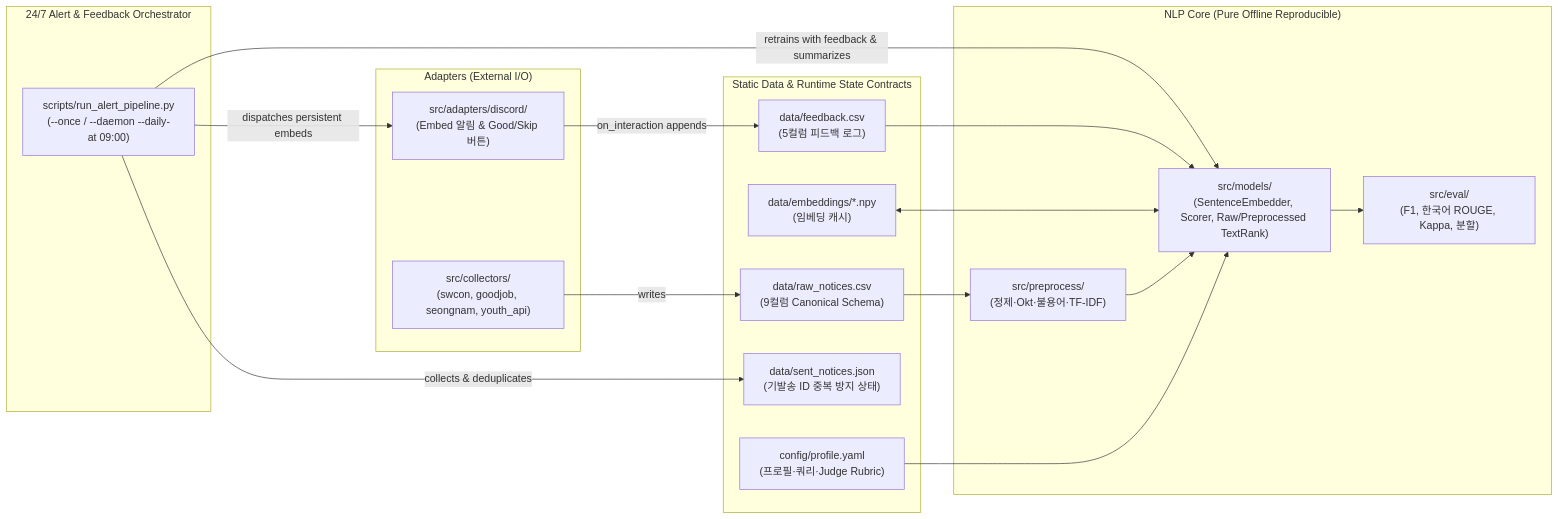
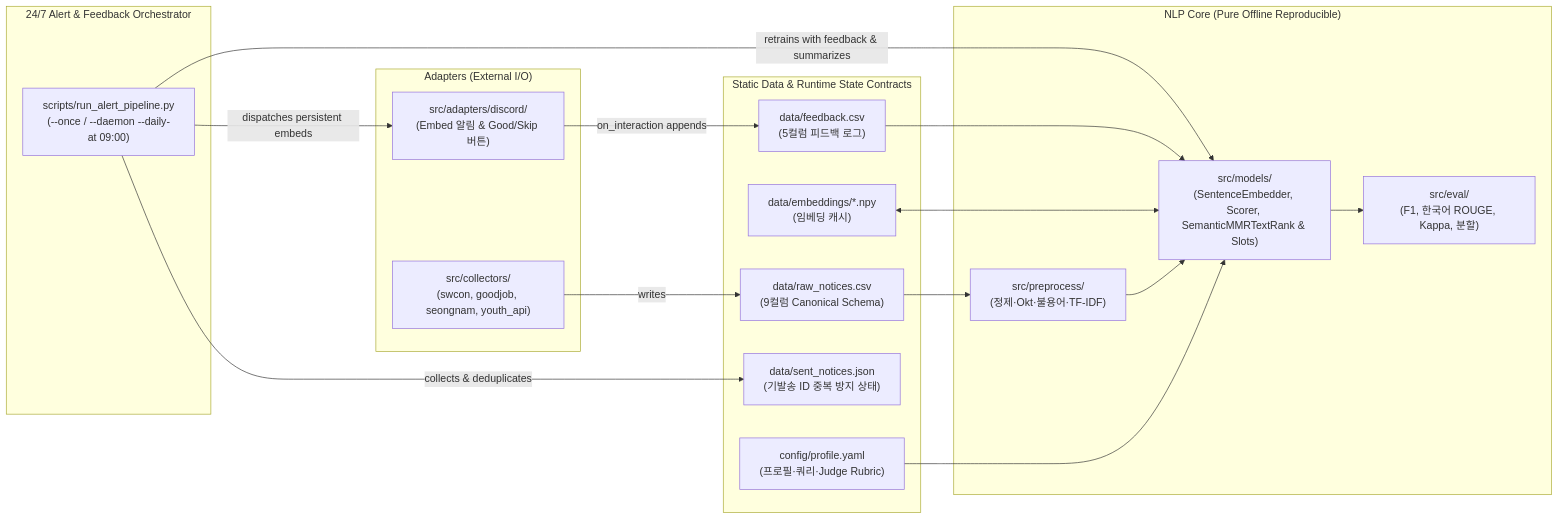
Before and after one commit to tim0700/notice-filter-nlp: the first of 2 diagrams in docs/02_Architecture_and_Contract.md, drawn with Mermaid. The commit also changed other lines of this file and 18 other files, not shown here.

Commit message:
feat(NTF-29): add SemanticMMRTextRankSummarizer and Discord key-info slots

````diff
--- a/docs/02_Architecture_and_Contract.md
+++ b/docs/02_Architecture_and_Contract.md
@@ -5,36 +5,36 @@
 ```mermaid
 flowchart LR
     subgraph Adapters["Adapters (External I/O)"]
         COL["src/collectors/\n(swcon, goodjob, seongnam, youth_api)"]
         DSC["src/adapters/discord/\n(Embed 알림 & Good/Skip 버튼)"]
     end
 
     subgraph DataContract["Static Data & Runtime State Contracts"]
         PROF["config/profile.yaml\n(프로필·쿼리·Judge Rubric)"]
         RAW["data/raw_notices.csv\n(9컬럼 Canonical Schema)"]
         FB["data/feedback.csv\n(5컬럼 피드백 로그)"]
         SENT["data/sent_notices.json\n(기발송 ID 중복 방지 상태)"]
         CACHE["data/embeddings/*.npy\n(임베딩 캐시)"]
     end
 
     subgraph Core["NLP Core (Pure Offline Reproducible)"]
         PRE["src/preprocess/\n(정제·Okt·불용어·TF-IDF)"]
-        MOD["src/models/\n(SentenceEmbedder, Scorer, Raw/Preprocessed TextRank)"]
+        MOD["src/models/\n(SentenceEmbedder, Scorer, SemanticMMRTextRank & Slots)"]
         EVAL["src/eval/\n(F1, 한국어 ROUGE, Kappa, 분할)"]
     end
 
     subgraph Runtime["24/7 Alert & Feedback Orchestrator"]
         DAEMON["scripts/run_alert_pipeline.py\n(--once / --daemon --daily-at 09:00)"]
     end
 
     COL -->|writes| RAW
     PROF --> MOD
     RAW --> PRE --> MOD
     CACHE <--> MOD
     FB --> MOD
     MOD --> EVAL
     DAEMON -->|collects & deduplicates| SENT
     DAEMON -->|retrains with feedback & summarizes| MOD
     DAEMON -->|dispatches persistent embeds| DSC
     DSC -->|on_interaction appends| FB
 ```
````
